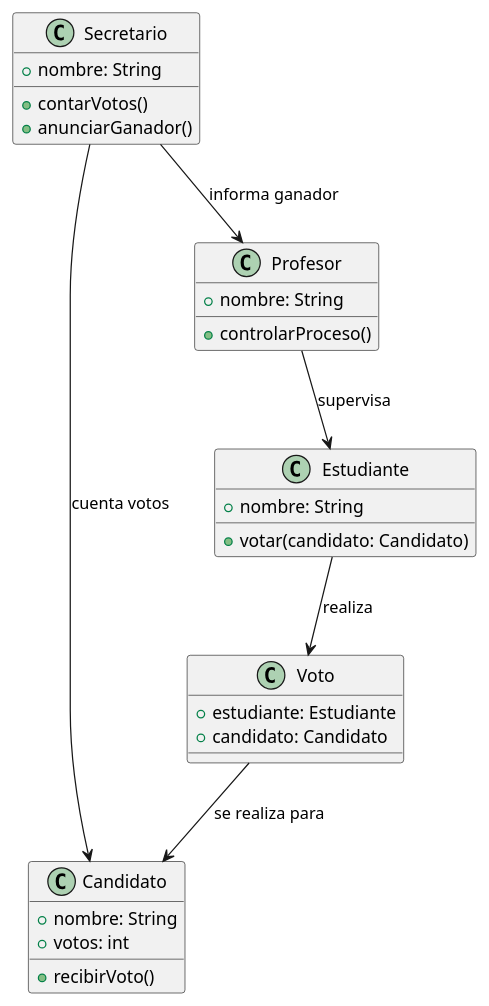
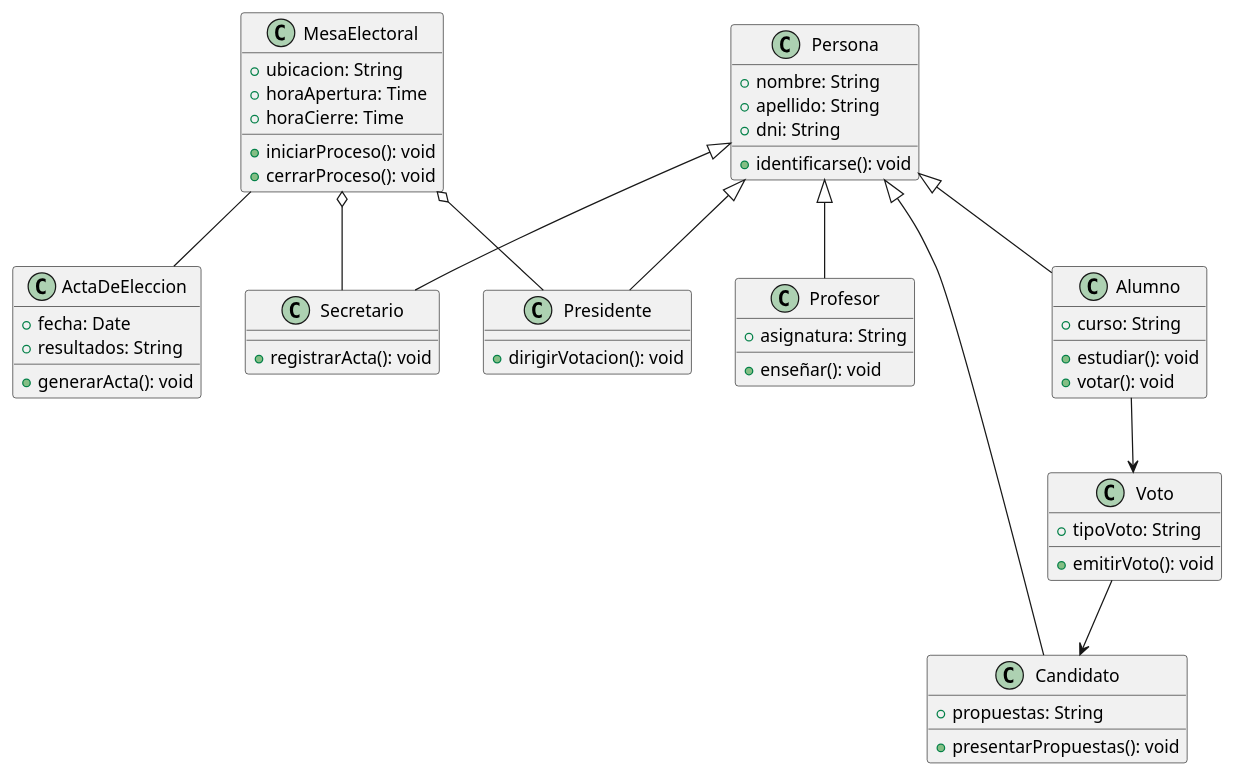
The diagram in entregas/garciaLydia/Ejercicio4/DiagramaClases.puml (mmasias/24-25-IdSw1), drawn with PlantUML before and after one commit. The commit also changed other lines of this file and 2 other files, not shown here.

Commit message:
Diagramas Votacion 10/10 siguiendo las pautas de clase

```diff
--- a/entregas/garciaLydia/Ejercicio4/DiagramaClases.puml
+++ b/entregas/garciaLydia/Ejercicio4/DiagramaClases.puml
@@ -1,34 +1,63 @@
 @startuml
-class Estudiante {
+class ActaDeEleccion {
+    +fecha: Date
+    +resultados: String
+    +generarActa(): void
+}
+
+class MesaElectoral {
+    +ubicacion: String
+    +horaApertura: Time
+    +horaCierre: Time
+    +iniciarProceso(): void
+    +cerrarProceso(): void
+}
+
+class Persona {
     +nombre: String
-    +votar(candidato: Candidato)
+    +apellido: String
+    +dni: String
+    +identificarse(): void
+}
+
+class Profesor {
+    +asignatura: String
+    +enseñar(): void
+}
+
+class Alumno {
+    +curso: String
+    +estudiar(): void
+    +votar(): void
 }
 
 class Candidato {
-    +nombre: String
-    +votos: int
-    +recibirVoto()
-}
-
-class Profesor {
-    +nombre: String
-    +controlarProceso()
+    +propuestas: String
+    +presentarPropuestas(): void
 }
 
 class Secretario {
-    +nombre: String
-    +contarVotos()
-    +anunciarGanador()
+    +registrarActa(): void
+}
+
+class Presidente {
+    +dirigirVotacion(): void
 }
 
 class Voto {
-    +estudiante: Estudiante
-    +candidato: Candidato
+    +tipoVoto: String
+    +emitirVoto(): void
 }
 
-Estudiante --> Voto : realiza
-Voto --> Candidato : se realiza para
-Profesor --> Estudiante : supervisa
-Secretario --> Candidato : cuenta votos
-Secretario --> Profesor : informa ganador
+Persona <|-- Profesor
+Persona <|-- Alumno
+Persona <|-- Candidato
+Persona <|-- Secretario
+Persona <|-- Presidente
+
+MesaElectoral o-- Presidente
+MesaElectoral o-- Secretario
+MesaElectoral -- ActaDeEleccion
+Alumno --> Voto
+Voto --> Candidato
 @enduml
```
